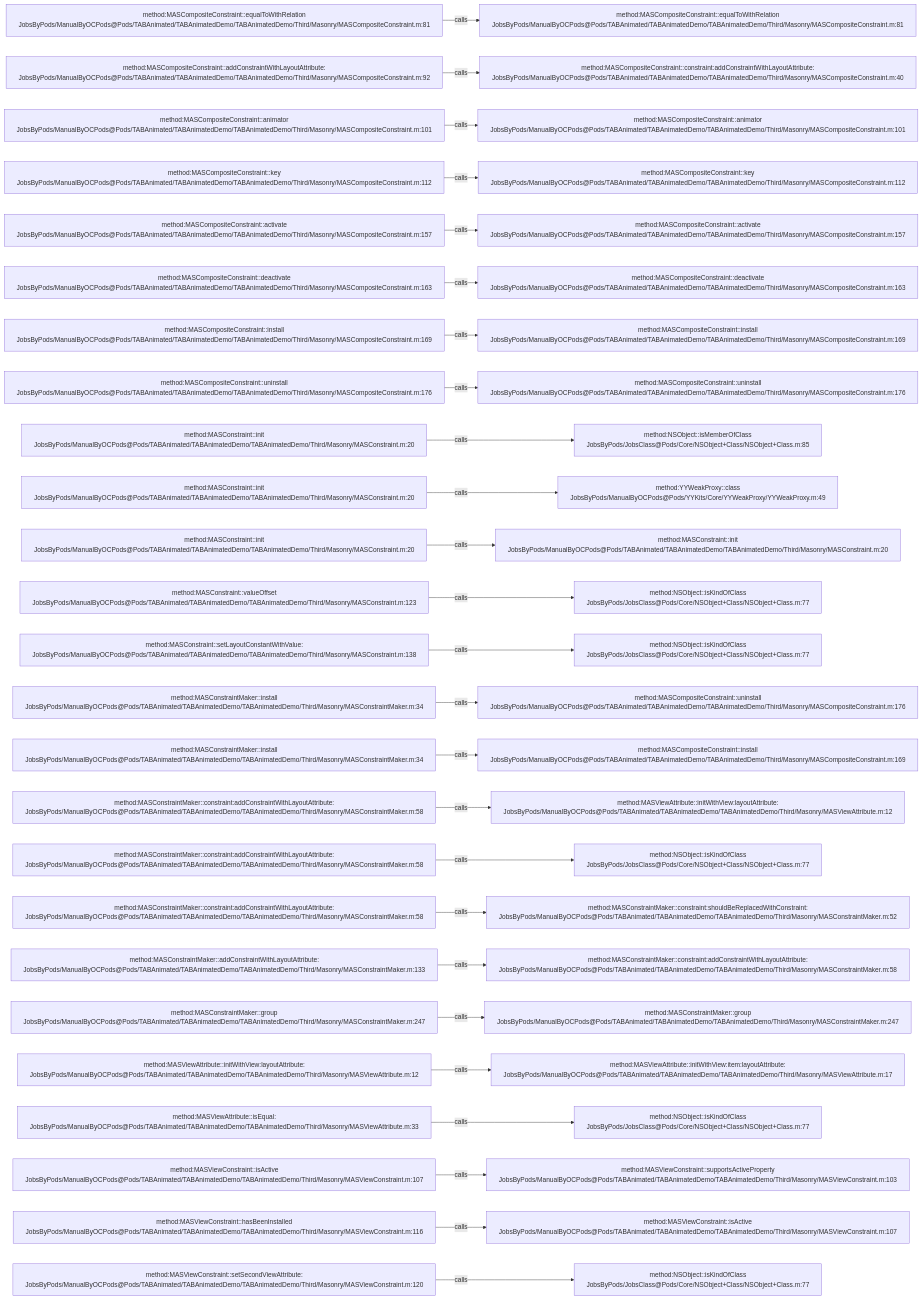
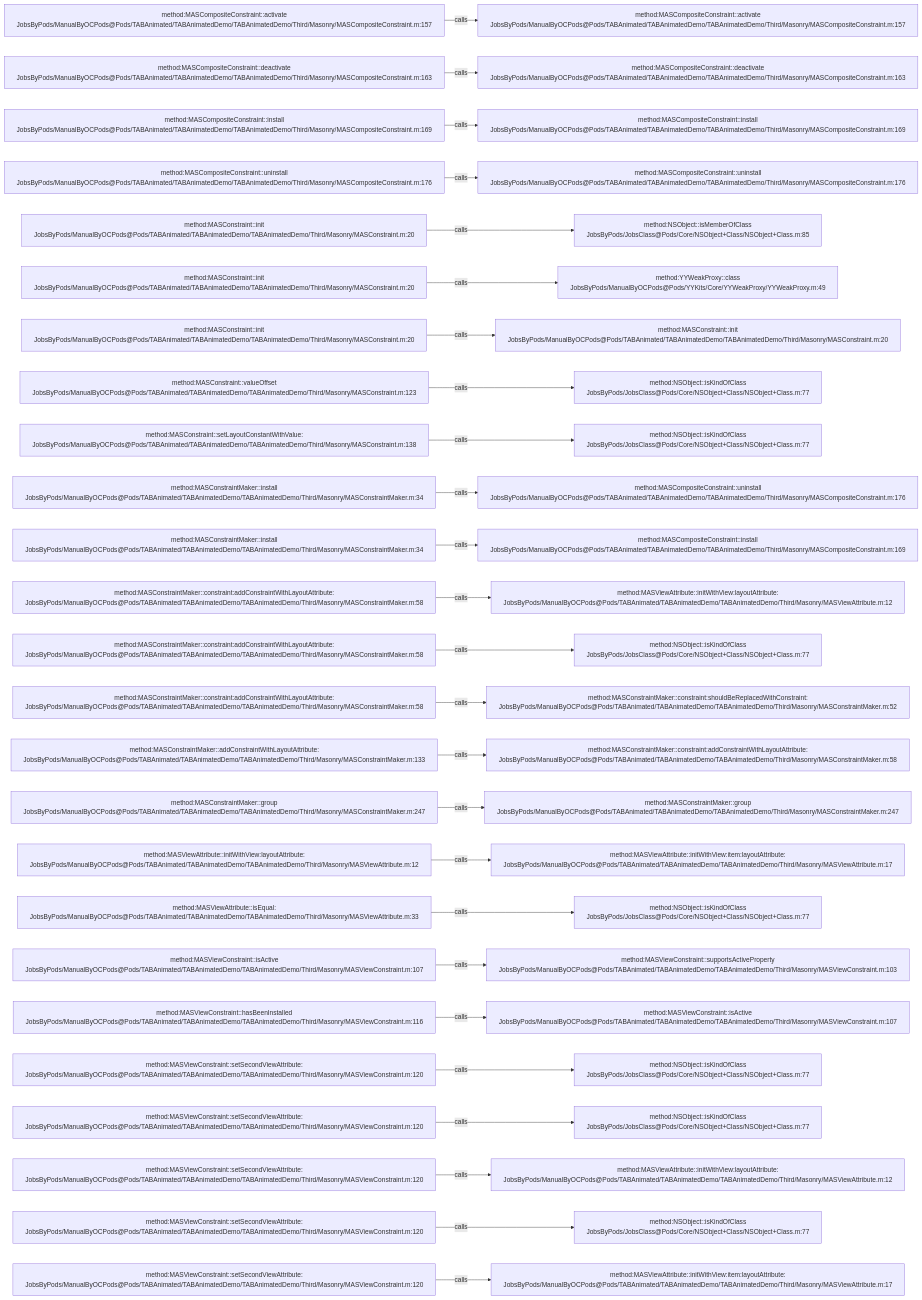
One commit to JobsKits/JobsOCBaseConfigDemo changed the diagram in .codegraph/codegraph.md/graphs/calls-042.md. Above: the diagram before and after it, drawn with Mermaid. The commit also changed 727 other files, not shown here.

````diff
--- a/.codegraph/codegraph.md/graphs/calls-042.md
+++ b/.codegraph/codegraph.md/graphs/calls-042.md
@@ -13,78 +13,78 @@
 ```mermaid
 flowchart LR
-  S1["method:MASCompositeConstraint::equalToWithRelation<br/>JobsByPods/ManualByOCPods@Pods/TABAnimated/TABAnimatedDemo/TABAnimatedDemo/Third/Masonry/MASCompositeConstraint.m:81"]
-  T1["method:MASCompositeConstraint::equalToWithRelation<br/>JobsByPods/ManualByOCPods@Pods/TABAnimated/TABAnimatedDemo/TABAnimatedDemo/Third/Masonry/MASCompositeConstraint.m:81"]
+  S1["method:MASCompositeConstraint::activate<br/>JobsByPods/ManualByOCPods@Pods/TABAnimated/TABAnimatedDemo/TABAnimatedDemo/Third/Masonry/MASCompositeConstraint.m:157"]
+  T1["method:MASCompositeConstraint::activate<br/>JobsByPods/ManualByOCPods@Pods/TABAnimated/TABAnimatedDemo/TABAnimatedDemo/Third/Masonry/MASCompositeConstraint.m:157"]
   S1 -->|calls| T1
-  S2["method:MASCompositeConstraint::addConstraintWithLayoutAttribute:<br/>JobsByPods/ManualByOCPods@Pods/TABAnimated/TABAnimatedDemo/TABAnimatedDemo/Third/Masonry/MASCompositeConstraint.m:92"]
-  T2["method:MASCompositeConstraint::constraint:addConstraintWithLayoutAttribute:<br/>JobsByPods/ManualByOCPods@Pods/TABAnimated/TABAnimatedDemo/TABAnimatedDemo/Third/Masonry/MASCompositeConstraint.m:40"]
+  S2["method:MASCompositeConstraint::deactivate<br/>JobsByPods/ManualByOCPods@Pods/TABAnimated/TABAnimatedDemo/TABAnimatedDemo/Third/Masonry/MASCompositeConstraint.m:163"]
+  T2["method:MASCompositeConstraint::deactivate<br/>JobsByPods/ManualByOCPods@Pods/TABAnimated/TABAnimatedDemo/TABAnimatedDemo/Third/Masonry/MASCompositeConstraint.m:163"]
   S2 -->|calls| T2
-  S3["method:MASCompositeConstraint::animator<br/>JobsByPods/ManualByOCPods@Pods/TABAnimated/TABAnimatedDemo/TABAnimatedDemo/Third/Masonry/MASCompositeConstraint.m:101"]
-  T3["method:MASCompositeConstraint::animator<br/>JobsByPods/ManualByOCPods@Pods/TABAnimated/TABAnimatedDemo/TABAnimatedDemo/Third/Masonry/MASCompositeConstraint.m:101"]
+  S3["method:MASCompositeConstraint::install<br/>JobsByPods/ManualByOCPods@Pods/TABAnimated/TABAnimatedDemo/TABAnimatedDemo/Third/Masonry/MASCompositeConstraint.m:169"]
+  T3["method:MASCompositeConstraint::install<br/>JobsByPods/ManualByOCPods@Pods/TABAnimated/TABAnimatedDemo/TABAnimatedDemo/Third/Masonry/MASCompositeConstraint.m:169"]
   S3 -->|calls| T3
-  S4["method:MASCompositeConstraint::key<br/>JobsByPods/ManualByOCPods@Pods/TABAnimated/TABAnimatedDemo/TABAnimatedDemo/Third/Masonry/MASCompositeConstraint.m:112"]
-  T4["method:MASCompositeConstraint::key<br/>JobsByPods/ManualByOCPods@Pods/TABAnimated/TABAnimatedDemo/TABAnimatedDemo/Third/Masonry/MASCompositeConstraint.m:112"]
+  S4["method:MASCompositeConstraint::uninstall<br/>JobsByPods/ManualByOCPods@Pods/TABAnimated/TABAnimatedDemo/TABAnimatedDemo/Third/Masonry/MASCompositeConstraint.m:176"]
+  T4["method:MASCompositeConstraint::uninstall<br/>JobsByPods/ManualByOCPods@Pods/TABAnimated/TABAnimatedDemo/TABAnimatedDemo/Third/Masonry/MASCompositeConstraint.m:176"]
   S4 -->|calls| T4
-  S5["method:MASCompositeConstraint::activate<br/>JobsByPods/ManualByOCPods@Pods/TABAnimated/TABAnimatedDemo/TABAnimatedDemo/Third/Masonry/MASCompositeConstraint.m:157"]
-  T5["method:MASCompositeConstraint::activate<br/>JobsByPods/ManualByOCPods@Pods/TABAnimated/TABAnimatedDemo/TABAnimatedDemo/Third/Masonry/MASCompositeConstraint.m:157"]
+  S5["method:MASConstraint::init<br/>JobsByPods/ManualByOCPods@Pods/TABAnimated/TABAnimatedDemo/TABAnimatedDemo/Third/Masonry/MASConstraint.m:20"]
+  T5["method:NSObject::isMemberOfClass<br/>JobsByPods/JobsClass@Pods/Core/NSObject+Class/NSObject+Class.m:85"]
   S5 -->|calls| T5
-  S6["method:MASCompositeConstraint::deactivate<br/>JobsByPods/ManualByOCPods@Pods/TABAnimated/TABAnimatedDemo/TABAnimatedDemo/Third/Masonry/MASCompositeConstraint.m:163"]
-  T6["method:MASCompositeConstraint::deactivate<br/>JobsByPods/ManualByOCPods@Pods/TABAnimated/TABAnimatedDemo/TABAnimatedDemo/Third/Masonry/MASCompositeConstraint.m:163"]
+  S6["method:MASConstraint::init<br/>JobsByPods/ManualByOCPods@Pods/TABAnimated/TABAnimatedDemo/TABAnimatedDemo/Third/Masonry/MASConstraint.m:20"]
+  T6["method:YYWeakProxy::class<br/>JobsByPods/ManualByOCPods@Pods/YYKits/Core/YYWeakProxy/YYWeakProxy.m:49"]
   S6 -->|calls| T6
-  S7["method:MASCompositeConstraint::install<br/>JobsByPods/ManualByOCPods@Pods/TABAnimated/TABAnimatedDemo/TABAnimatedDemo/Third/Masonry/MASCompositeConstraint.m:169"]
-  T7["method:MASCompositeConstraint::install<br/>JobsByPods/ManualByOCPods@Pods/TABAnimated/TABAnimatedDemo/TABAnimatedDemo/Third/Masonry/MASCompositeConstraint.m:169"]
+  S7["method:MASConstraint::init<br/>JobsByPods/ManualByOCPods@Pods/TABAnimated/TABAnimatedDemo/TABAnimatedDemo/Third/Masonry/MASConstraint.m:20"]
+  T7["method:MASConstraint::init<br/>JobsByPods/ManualByOCPods@Pods/TABAnimated/TABAnimatedDemo/TABAnimatedDemo/Third/Masonry/MASConstraint.m:20"]
   S7 -->|calls| T7
-  S8["method:MASCompositeConstraint::uninstall<br/>JobsByPods/ManualByOCPods@Pods/TABAnimated/TABAnimatedDemo/TABAnimatedDemo/Third/Masonry/MASCompositeConstraint.m:176"]
-  T8["method:MASCompositeConstraint::uninstall<br/>JobsByPods/ManualByOCPods@Pods/TABAnimated/TABAnimatedDemo/TABAnimatedDemo/Third/Masonry/MASCompositeConstraint.m:176"]
+  S8["method:MASConstraint::valueOffset<br/>JobsByPods/ManualByOCPods@Pods/TABAnimated/TABAnimatedDemo/TABAnimatedDemo/Third/Masonry/MASConstraint.m:123"]
+  T8["method:NSObject::isKindOfClass<br/>JobsByPods/JobsClass@Pods/Core/NSObject+Class/NSObject+Class.m:77"]
   S8 -->|calls| T8
-  S9["method:MASConstraint::init<br/>JobsByPods/ManualByOCPods@Pods/TABAnimated/TABAnimatedDemo/TABAnimatedDemo/Third/Masonry/MASConstraint.m:20"]
-  T9["method:NSObject::isMemberOfClass<br/>JobsByPods/JobsClass@Pods/Core/NSObject+Class/NSObject+Class.m:85"]
+  S9["method:MASConstraint::setLayoutConstantWithValue:<br/>JobsByPods/ManualByOCPods@Pods/TABAnimated/TABAnimatedDemo/TABAnimatedDemo/Third/Masonry/MASConstraint.m:138"]
+  T9["method:NSObject::isKindOfClass<br/>JobsByPods/JobsClass@Pods/Core/NSObject+Class/NSObject+Class.m:77"]
   S9 -->|calls| T9
-  S10["method:MASConstraint::init<br/>JobsByPods/ManualByOCPods@Pods/TABAnimated/TABAnimatedDemo/TABAnimatedDemo/Third/Masonry/MASConstraint.m:20"]
-  T10["method:YYWeakProxy::class<br/>JobsByPods/ManualByOCPods@Pods/YYKits/Core/YYWeakProxy/YYWeakProxy.m:49"]
+  S10["method:MASConstraintMaker::install<br/>JobsByPods/ManualByOCPods@Pods/TABAnimated/TABAnimatedDemo/TABAnimatedDemo/Third/Masonry/MASConstraintMaker.m:34"]
+  T10["method:MASCompositeConstraint::uninstall<br/>JobsByPods/ManualByOCPods@Pods/TABAnimated/TABAnimatedDemo/TABAnimatedDemo/Third/Masonry/MASCompositeConstraint.m:176"]
   S10 -->|calls| T10
-  S11["method:MASConstraint::init<br/>JobsByPods/ManualByOCPods@Pods/TABAnimated/TABAnimatedDemo/TABAnimatedDemo/Third/Masonry/MASConstraint.m:20"]
-  T11["method:MASConstraint::init<br/>JobsByPods/ManualByOCPods@Pods/TABAnimated/TABAnimatedDemo/TABAnimatedDemo/Third/Masonry/MASConstraint.m:20"]
+  S11["method:MASConstraintMaker::install<br/>JobsByPods/ManualByOCPods@Pods/TABAnimated/TABAnimatedDemo/TABAnimatedDemo/Third/Masonry/MASConstraintMaker.m:34"]
+  T11["method:MASCompositeConstraint::install<br/>JobsByPods/ManualByOCPods@Pods/TABAnimated/TABAnimatedDemo/TABAnimatedDemo/Third/Masonry/MASCompositeConstraint.m:169"]
   S11 -->|calls| T11
-  S12["method:MASConstraint::valueOffset<br/>JobsByPods/ManualByOCPods@Pods/TABAnimated/TABAnimatedDemo/TABAnimatedDemo/Third/Masonry/MASConstraint.m:123"]
-  T12["method:NSObject::isKindOfClass<br/>JobsByPods/JobsClass@Pods/Core/NSObject+Class/NSObject+Class.m:77"]
+  S12["method:MASConstraintMaker::constraint:addConstraintWithLayoutAttribute:<br/>JobsByPods/ManualByOCPods@Pods/TABAnimated/TABAnimatedDemo/TABAnimatedDemo/Third/Masonry/MASConstraintMaker.m:58"]
+  T12["method:MASViewAttribute::initWithView:layoutAttribute:<br/>JobsByPods/ManualByOCPods@Pods/TABAnimated/TABAnimatedDemo/TABAnimatedDemo/Third/Masonry/MASViewAttribute.m:12"]
   S12 -->|calls| T12
-  S13["method:MASConstraint::setLayoutConstantWithValue:<br/>JobsByPods/ManualByOCPods@Pods/TABAnimated/TABAnimatedDemo/TABAnimatedDemo/Third/Masonry/MASConstraint.m:138"]
+  S13["method:MASConstraintMaker::constraint:addConstraintWithLayoutAttribute:<br/>JobsByPods/ManualByOCPods@Pods/TABAnimated/TABAnimatedDemo/TABAnimatedDemo/Third/Masonry/MASConstraintMaker.m:58"]
   T13["method:NSObject::isKindOfClass<br/>JobsByPods/JobsClass@Pods/Core/NSObject+Class/NSObject+Class.m:77"]
   S13 -->|calls| T13
-  S14["method:MASConstraintMaker::install<br/>JobsByPods/ManualByOCPods@Pods/TABAnimated/TABAnimatedDemo/TABAnimatedDemo/Third/Masonry/MASConstraintMaker.m:34"]
-  T14["method:MASCompositeConstraint::uninstall<br/>JobsByPods/ManualByOCPods@Pods/TABAnimated/TABAnimatedDemo/TABAnimatedDemo/Third/Masonry/MASCompositeConstraint.m:176"]
+  S14["method:MASConstraintMaker::constraint:addConstraintWithLayoutAttribute:<br/>JobsByPods/ManualByOCPods@Pods/TABAnimated/TABAnimatedDemo/TABAnimatedDemo/Third/Masonry/MASConstraintMaker.m:58"]
+  T14["method:MASConstraintMaker::constraint:shouldBeReplacedWithConstraint:<br/>JobsByPods/ManualByOCPods@Pods/TABAnimated/TABAnimatedDemo/TABAnimatedDemo/Third/Masonry/MASConstraintMaker.m:52"]
   S14 -->|calls| T14
-  S15["method:MASConstraintMaker::install<br/>JobsByPods/ManualByOCPods@Pods/TABAnimated/TABAnimatedDemo/TABAnimatedDemo/Third/Masonry/MASConstraintMaker.m:34"]
-  T15["method:MASCompositeConstraint::install<br/>JobsByPods/ManualByOCPods@Pods/TABAnimated/TABAnimatedDemo/TABAnimatedDemo/Third/Masonry/MASCompositeConstraint.m:169"]
+  S15["method:MASConstraintMaker::addConstraintWithLayoutAttribute:<br/>JobsByPods/ManualByOCPods@Pods/TABAnimated/TABAnimatedDemo/TABAnimatedDemo/Third/Masonry/MASConstraintMaker.m:133"]
+  T15["method:MASConstraintMaker::constraint:addConstraintWithLayoutAttribute:<br/>JobsByPods/ManualByOCPods@Pods/TABAnimated/TABAnimatedDemo/TABAnimatedDemo/Third/Masonry/MASConstraintMaker.m:58"]
   S15 -->|calls| T15
-  S16["method:MASConstraintMaker::constraint:addConstraintWithLayoutAttribute:<br/>JobsByPods/ManualByOCPods@Pods/TABAnimated/TABAnimatedDemo/TABAnimatedDemo/Third/Masonry/MASConstraintMaker.m:58"]
-  T16["method:MASViewAttribute::initWithView:layoutAttribute:<br/>JobsByPods/ManualByOCPods@Pods/TABAnimated/TABAnimatedDemo/TABAnimatedDemo/Third/Masonry/MASViewAttribute.m:12"]
+  S16["method:MASConstraintMaker::group<br/>JobsByPods/ManualByOCPods@Pods/TABAnimated/TABAnimatedDemo/TABAnimatedDemo/Third/Masonry/MASConstraintMaker.m:247"]
+  T16["method:MASConstraintMaker::group<br/>JobsByPods/ManualByOCPods@Pods/TABAnimated/TABAnimatedDemo/TABAnimatedDemo/Third/Masonry/MASConstraintMaker.m:247"]
   S16 -->|calls| T16
-  S17["method:MASConstraintMaker::constraint:addConstraintWithLayoutAttribute:<br/>JobsByPods/ManualByOCPods@Pods/TABAnimated/TABAnimatedDemo/TABAnimatedDemo/Third/Masonry/MASConstraintMaker.m:58"]
-  T17["method:NSObject::isKindOfClass<br/>JobsByPods/JobsClass@Pods/Core/NSObject+Class/NSObject+Class.m:77"]
+  S17["method:MASViewAttribute::initWithView:layoutAttribute:<br/>JobsByPods/ManualByOCPods@Pods/TABAnimated/TABAnimatedDemo/TABAnimatedDemo/Third/Masonry/MASViewAttribute.m:12"]
+  T17["method:MASViewAttribute::initWithView:item:layoutAttribute:<br/>JobsByPods/ManualByOCPods@Pods/TABAnimated/TABAnimatedDemo/TABAnimatedDemo/Third/Masonry/MASViewAttribute.m:17"]
   S17 -->|calls| T17
-  S18["method:MASConstraintMaker::constraint:addConstraintWithLayoutAttribute:<br/>JobsByPods/ManualByOCPods@Pods/TABAnimated/TABAnimatedDemo/TABAnimatedDemo/Third/Masonry/MASConstraintMaker.m:58"]
-  T18["method:MASConstraintMaker::constraint:shouldBeReplacedWithConstraint:<br/>JobsByPods/ManualByOCPods@Pods/TABAnimated/TABAnimatedDemo/TABAnimatedDemo/Third/Masonry/MASConstraintMaker.m:52"]
+  S18["method:MASViewAttribute::isEqual:<br/>JobsByPods/ManualByOCPods@Pods/TABAnimated/TABAnimatedDemo/TABAnimatedDemo/Third/Masonry/MASViewAttribute.m:33"]
+  T18["method:NSObject::isKindOfClass<br/>JobsByPods/JobsClass@Pods/Core/NSObject+Class/NSObject+Class.m:77"]
   S18 -->|calls| T18
-  S19["method:MASConstraintMaker::addConstraintWithLayoutAttribute:<br/>JobsByPods/ManualByOCPods@Pods/TABAnimated/TABAnimatedDemo/TABAnimatedDemo/Third/Masonry/MASConstraintMaker.m:133"]
-  T19["method:MASConstraintMaker::constraint:addConstraintWithLayoutAttribute:<br/>JobsByPods/ManualByOCPods@Pods/TABAnimated/TABAnimatedDemo/TABAnimatedDemo/Third/Masonry/MASConstraintMaker.m:58"]
+  S19["method:MASViewConstraint::isActive<br/>JobsByPods/ManualByOCPods@Pods/TABAnimated/TABAnimatedDemo/TABAnimatedDemo/Third/Masonry/MASViewConstraint.m:107"]
+  T19["method:MASViewConstraint::supportsActiveProperty<br/>JobsByPods/ManualByOCPods@Pods/TABAnimated/TABAnimatedDemo/TABAnimatedDemo/Third/Masonry/MASViewConstraint.m:103"]
   S19 -->|calls| T19
-  S20["method:MASConstraintMaker::group<br/>JobsByPods/ManualByOCPods@Pods/TABAnimated/TABAnimatedDemo/TABAnimatedDemo/Third/Masonry/MASConstraintMaker.m:247"]
-  T20["method:MASConstraintMaker::group<br/>JobsByPods/ManualByOCPods@Pods/TABAnimated/TABAnimatedDemo/TABAnimatedDemo/Third/Masonry/MASConstraintMaker.m:247"]
+  S20["method:MASViewConstraint::hasBeenInstalled<br/>JobsByPods/ManualByOCPods@Pods/TABAnimated/TABAnimatedDemo/TABAnimatedDemo/Third/Masonry/MASViewConstraint.m:116"]
+  T20["method:MASViewConstraint::isActive<br/>JobsByPods/ManualByOCPods@Pods/TABAnimated/TABAnimatedDemo/TABAnimatedDemo/Third/Masonry/MASViewConstraint.m:107"]
   S20 -->|calls| T20
-  S21["method:MASViewAttribute::initWithView:layoutAttribute:<br/>JobsByPods/ManualByOCPods@Pods/TABAnimated/TABAnimatedDemo/TABAnimatedDemo/Third/Masonry/MASViewAttribute.m:12"]
-  T21["method:MASViewAttribute::initWithView:item:layoutAttribute:<br/>JobsByPods/ManualByOCPods@Pods/TABAnimated/TABAnimatedDemo/TABAnimatedDemo/Third/Masonry/MASViewAttribute.m:17"]
+  S21["method:MASViewConstraint::setSecondViewAttribute:<br/>JobsByPods/ManualByOCPods@Pods/TABAnimated/TABAnimatedDemo/TABAnimatedDemo/Third/Masonry/MASViewConstraint.m:120"]
+  T21["method:NSObject::isKindOfClass<br/>JobsByPods/JobsClass@Pods/Core/NSObject+Class/NSObject+Class.m:77"]
   S21 -->|calls| T21
-  S22["method:MASViewAttribute::isEqual:<br/>JobsByPods/ManualByOCPods@Pods/TABAnimated/TABAnimatedDemo/TABAnimatedDemo/Third/Masonry/MASViewAttribute.m:33"]
+  S22["method:MASViewConstraint::setSecondViewAttribute:<br/>JobsByPods/ManualByOCPods@Pods/TABAnimated/TABAnimatedDemo/TABAnimatedDemo/Third/Masonry/MASViewConstraint.m:120"]
   T22["method:NSObject::isKindOfClass<br/>JobsByPods/JobsClass@Pods/Core/NSObject+Class/NSObject+Class.m:77"]
   S22 -->|calls| T22
-  S23["method:MASViewConstraint::isActive<br/>JobsByPods/ManualByOCPods@Pods/TABAnimated/TABAnimatedDemo/TABAnimatedDemo/Third/Masonry/MASViewConstraint.m:107"]
-  T23["method:MASViewConstraint::supportsActiveProperty<br/>JobsByPods/ManualByOCPods@Pods/TABAnimated/TABAnimatedDemo/TABAnimatedDemo/Third/Masonry/MASViewConstraint.m:103"]
+  S23["method:MASViewConstraint::setSecondViewAttribute:<br/>JobsByPods/ManualByOCPods@Pods/TABAnimated/TABAnimatedDemo/TABAnimatedDemo/Third/Masonry/MASViewConstraint.m:120"]
+  T23["method:MASViewAttribute::initWithView:layoutAttribute:<br/>JobsByPods/ManualByOCPods@Pods/TABAnimated/TABAnimatedDemo/TABAnimatedDemo/Third/Masonry/MASViewAttribute.m:12"]
   S23 -->|calls| T23
-  S24["method:MASViewConstraint::hasBeenInstalled<br/>JobsByPods/ManualByOCPods@Pods/TABAnimated/TABAnimatedDemo/TABAnimatedDemo/Third/Masonry/MASViewConstraint.m:116"]
-  T24["method:MASViewConstraint::isActive<br/>JobsByPods/ManualByOCPods@Pods/TABAnimated/TABAnimatedDemo/TABAnimatedDemo/Third/Masonry/MASViewConstraint.m:107"]
+  S24["method:MASViewConstraint::setSecondViewAttribute:<br/>JobsByPods/ManualByOCPods@Pods/TABAnimated/TABAnimatedDemo/TABAnimatedDemo/Third/Masonry/MASViewConstraint.m:120"]
+  T24["method:NSObject::isKindOfClass<br/>JobsByPods/JobsClass@Pods/Core/NSObject+Class/NSObject+Class.m:77"]
   S24 -->|calls| T24
   S25["method:MASViewConstraint::setSecondViewAttribute:<br/>JobsByPods/ManualByOCPods@Pods/TABAnimated/TABAnimatedDemo/TABAnimatedDemo/Third/Masonry/MASViewConstraint.m:120"]
-  T25["method:NSObject::isKindOfClass<br/>JobsByPods/JobsClass@Pods/Core/NSObject+Class/NSObject+Class.m:77"]
+  T25["method:MASViewAttribute::initWithView:item:layoutAttribute:<br/>JobsByPods/ManualByOCPods@Pods/TABAnimated/TABAnimatedDemo/TABAnimatedDemo/Third/Masonry/MASViewAttribute.m:17"]
   S25 -->|calls| T25
 ```
````
